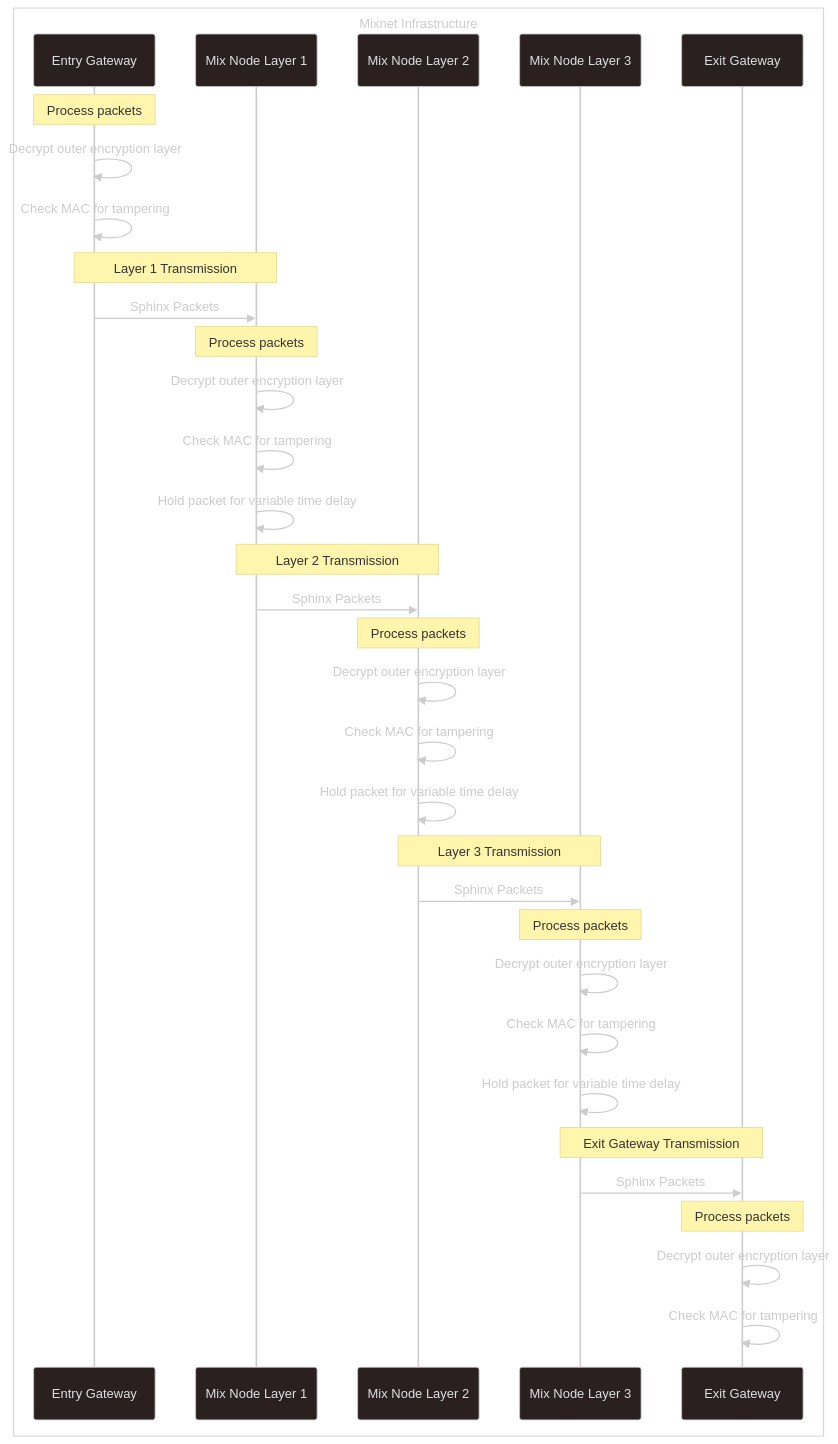
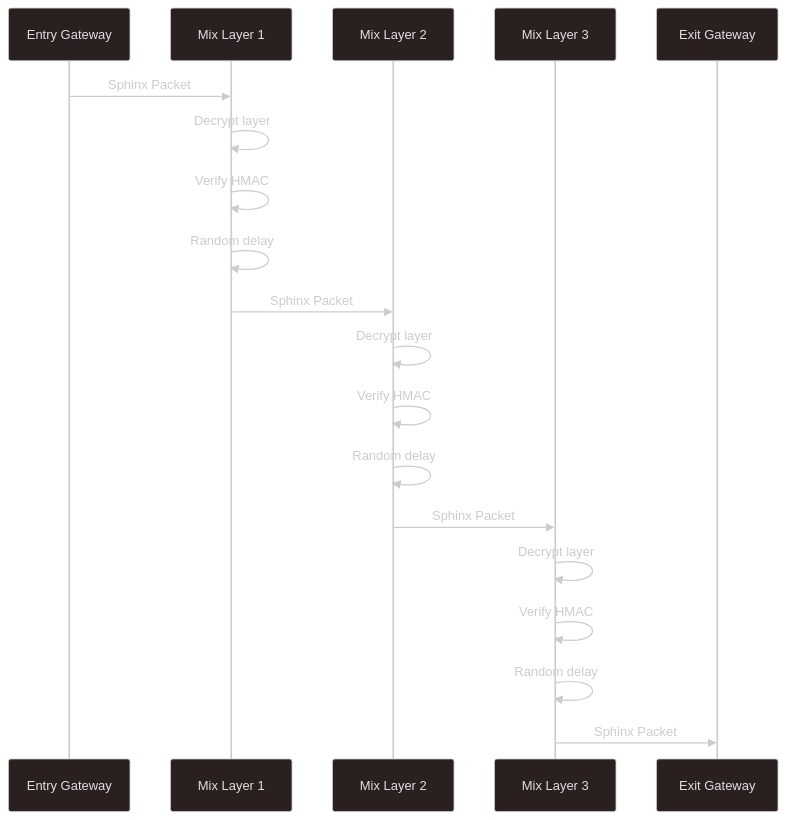
One commit to nymtech/nym changed the second of 3 diagrams in documentation/docs/pages/network/mixnet-mode/traffic-flow.mdx. Above: the diagram before and after it, drawn with Mermaid. The commit also changed other lines of this file and 22 other files, not shown here.

````diff
--- a/documentation/docs/pages/network/mixnet-mode/traffic-flow.mdx
+++ b/documentation/docs/pages/network/mixnet-mode/traffic-flow.mdx
@@ -87,46 +51,26 @@
 ```mermaid
 ---
 config:
   theme: neo-dark
 ---
 sequenceDiagram
-    box Mixnet Infrastructure
-        participant EG as Entry Gateway
-        participant M1 as Mix Node Layer 1
-        participant M2 as Mix Node Layer 2
-        participant M3 as Mix Node Layer 3
-        participant ExG as Exit Gateway
-    end
+    participant Entry as Entry Gateway
+    participant M1 as Mix Layer 1
+    participant M2 as Mix Layer 2
+    participant M3 as Mix Layer 3
+    participant Exit as Exit Gateway
 
-    Note over EG: Process packets
-    EG->>EG: Decrypt outer encryption layer
-    EG->>EG: Check MAC for tampering
-
-    Note over EG,M1: Layer 1 Transmission
-    EG->>M1: Sphinx Packets
-    Note over M1: Process packets
-    M1->>M1: Decrypt outer encryption layer
-    M1->>M1: Check MAC for tampering
-    M1->>M1: Hold packet for variable time delay
-
-    Note over M1,M2: Layer 2 Transmission
-    M1->>M2: Sphinx Packets
-    Note over M2: Process packets
-    M2->>M2: Decrypt outer encryption layer
-    M2->>M2: Check MAC for tampering
-    M2->>M2: Hold packet for variable time delay
-
-    Note over M2,M3: Layer 3 Transmission
-    M2->>M3: Sphinx Packets
-    Note over M3: Process packets
-    M3->>M3: Decrypt outer encryption layer
-    M3->>M3: Check MAC for tampering
-    M3->>M3: Hold packet for variable time delay
-
-    Note over M3,ExG: Exit Gateway Transmission
-    M3->>ExG: Sphinx Packets
-    Note over ExG: Process packets
-    ExG->>ExG: Decrypt outer encryption layer
-    ExG->>ExG: Check MAC for tampering
-
+    Entry->>M1: Sphinx Packet
+    M1->>M1: Decrypt layer
+    M1->>M1: Verify HMAC
+    M1->>M1: Random delay
+    M1->>M2: Sphinx Packet
+    M2->>M2: Decrypt layer
+    M2->>M2: Verify HMAC
+    M2->>M2: Random delay
+    M2->>M3: Sphinx Packet
+    M3->>M3: Decrypt layer
+    M3->>M3: Verify HMAC
+    M3->>M3: Random delay
+    M3->>Exit: Sphinx Packet
 ```
````
